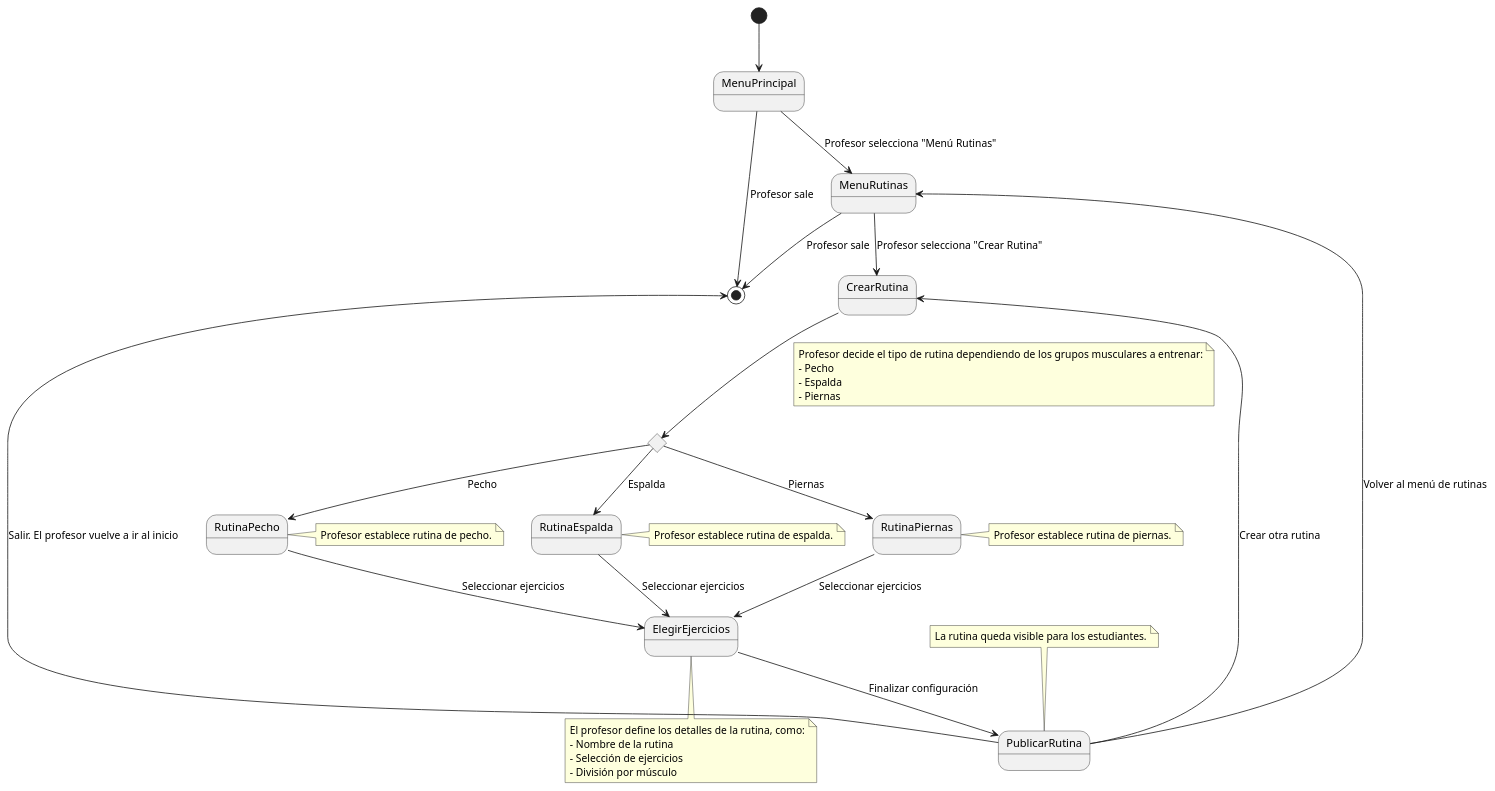
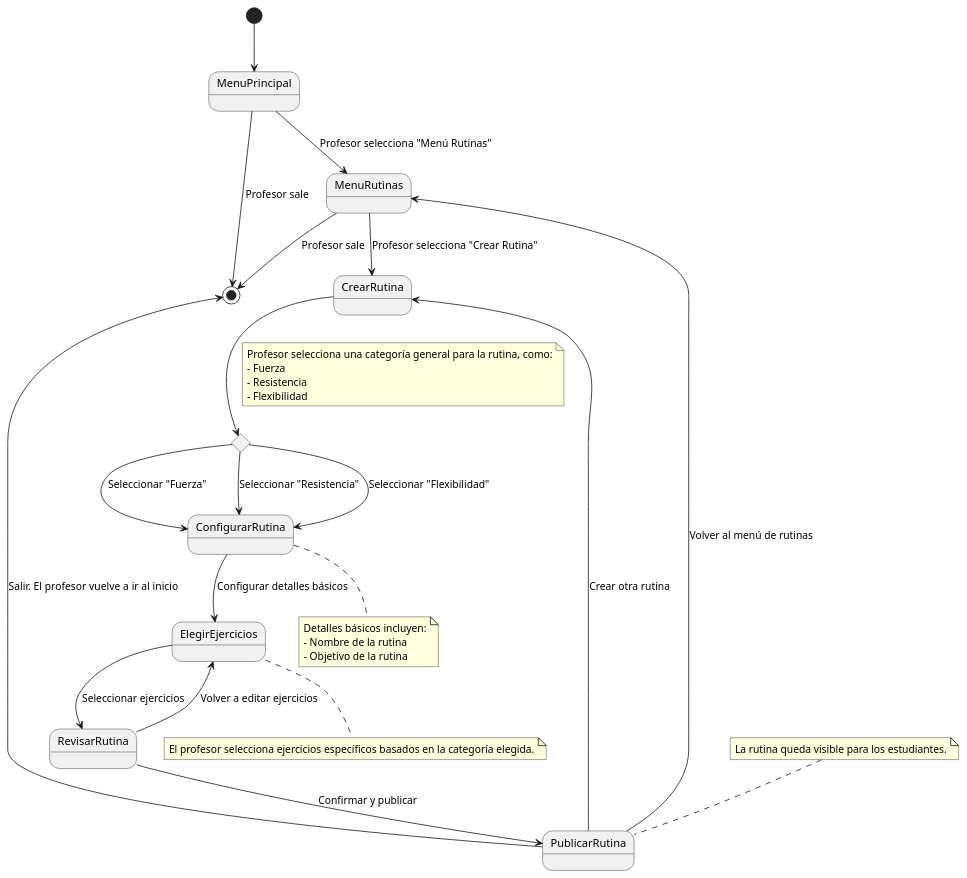
Before and after one commit to mmasias/24-25-IdSw1-SDR: the diagram in Documentos/DetallarCasosDeUso/CrearRutinas.puml, drawn with PlantUML.

```diff
--- a/Documentos/DetallarCasosDeUso/CrearRutinas.puml
+++ b/Documentos/DetallarCasosDeUso/CrearRutinas.puml
@@ -1,56 +1,47 @@
 @startuml
 
 [*] --> MenuPrincipal
 
 MenuPrincipal -d-> MenuRutinas : Profesor selecciona "Menú Rutinas"
 MenuPrincipal --> [*] : Profesor sale
 
 MenuRutinas -d-> CrearRutina : Profesor selecciona "Crear Rutina"
 MenuRutinas -d-> [*] : Profesor sale
 
-state TipoDeRutina <<choice>>
-CrearRutina -d-> TipoDeRutina
+state SeleccionarCategoria <<choice>>
+CrearRutina -d-> SeleccionarCategoria
 note on link
-    Profesor decide el tipo de rutina dependiendo de los grupos musculares a entrenar:
-    - Pecho
-    - Espalda
-    - Piernas
+    Profesor selecciona una categoría general para la rutina, como:
+    - Fuerza
+    - Resistencia
+    - Flexibilidad
 end note
 
-TipoDeRutina -d-> RutinaPecho : Pecho
-note right of RutinaPecho
-    Profesor establece rutina de pecho.
+SeleccionarCategoria -d-> ConfigurarRutina : Seleccionar "Fuerza"
+SeleccionarCategoria -d-> ConfigurarRutina : Seleccionar "Resistencia"
+SeleccionarCategoria -d-> ConfigurarRutina : Seleccionar "Flexibilidad"
+
+ConfigurarRutina --> ElegirEjercicios : Configurar detalles básicos
+note bottom of ConfigurarRutina
+    Detalles básicos incluyen:
+    - Nombre de la rutina
+    - Objetivo de la rutina
 end note
 
-TipoDeRutina -d-> RutinaEspalda : Espalda
-note right of RutinaEspalda
-    Profesor establece rutina de espalda.
+ElegirEjercicios --> RevisarRutina : Seleccionar ejercicios
+note bottom of ElegirEjercicios
+    El profesor selecciona ejercicios específicos basados en la categoría elegida.
 end note
 
-TipoDeRutina -d-> RutinaPiernas : Piernas
-note right of RutinaPiernas
-    Profesor establece rutina de piernas.
-end note
-
-RutinaPecho --> ElegirEjercicios : Seleccionar ejercicios
-RutinaEspalda --> ElegirEjercicios : Seleccionar ejercicios
-RutinaPiernas --> ElegirEjercicios : Seleccionar ejercicios
-
-note bottom of ElegirEjercicios
-    El profesor define los detalles de la rutina, como:
-    - Nombre de la rutina
-    - Selección de ejercicios
-    - División por músculo
-end note
-
-ElegirEjercicios -d-> PublicarRutina : Finalizar configuración
+RevisarRutina -d-> PublicarRutina : Confirmar y publicar
+RevisarRutina -u-> ElegirEjercicios : Volver a editar ejercicios
 
 note top of PublicarRutina
     La rutina queda visible para los estudiantes.
 end note
 
 PublicarRutina -u-> CrearRutina : Crear otra rutina
 PublicarRutina -u-> MenuRutinas : Volver al menú de rutinas
 PublicarRutina -u-> [*] : Salir. El profesor vuelve a ir al inicio
 
 @enduml
```
